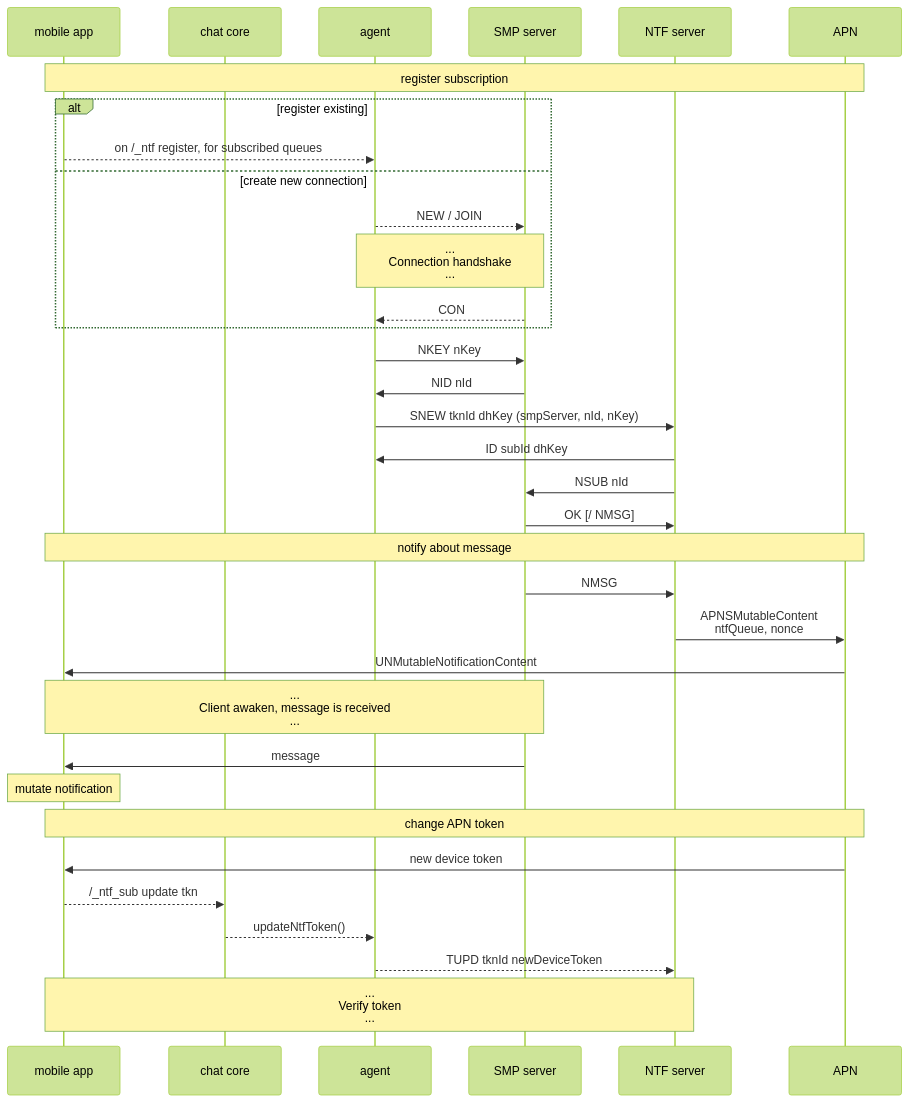
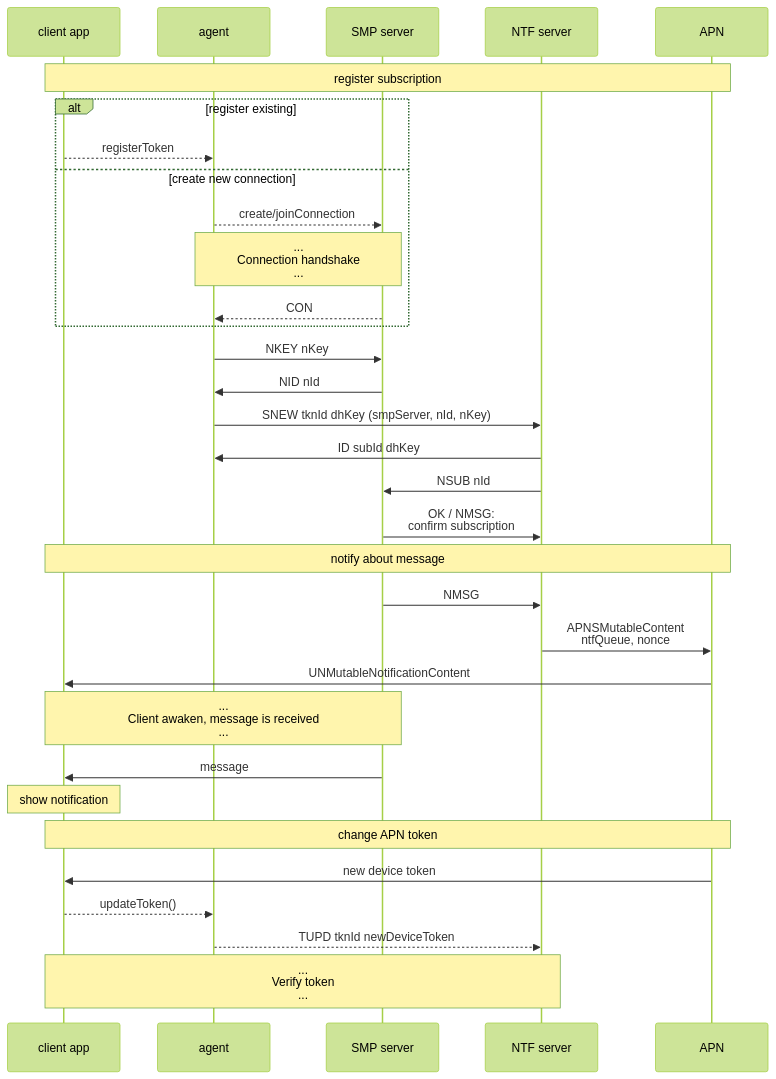
One commit to simplex-chat/simplexmq changed the diagram in protocol/diagrams/notifications/subscription.mmd. Above: the diagram before and after it, drawn with Mermaid (forest theme). The commit also changed 7 other files, not shown here.

```diff
--- a/protocol/diagrams/notifications/subscription.mmd
+++ b/protocol/diagrams/notifications/subscription.mmd
@@ -1,40 +1,38 @@
 sequenceDiagram
-  participant M as mobile app
-  participant C as chat core
+  participant C as client app
   participant A as agent
   participant S as SMP server
   participant N as NTF server
   participant APN as APN
 
-  note over M, APN: register subscription
+  note over C, APN: register subscription
 
   alt register existing
-    M -->> A: on /_ntf register, for subscribed queues
+    C -->> A: registerToken
   else create new connection
-    A -->> S: NEW / JOIN
+    A -->> S: create/joinConnection
     note over A, S: ...<br>Connection handshake<br>...
     S -->> A: CON
   end
   A ->> S: NKEY nKey
   S ->> A: NID nId
   A ->> N: SNEW tknId dhKey (smpServer, nId, nKey)
   N ->> A: ID subId dhKey
   N ->> S: NSUB nId
-  S ->> N: OK [/ NMSG]
+  S ->> N: OK / NMSG:<br>confirm subscription
 
-  note over M, APN: notify about message
+  note over C, APN: notify about message
 
   S ->> N: NMSG
   N ->> APN: APNSMutableContent<br>ntfQueue, nonce
-  APN ->> M: UNMutableNotificationContent
-  note over M, S: ...<br>Client awaken, message is received<br>...
-  S ->> M: message
-  note over M: mutate notification
+  APN ->> C: UNMutableNotificationContent
+  note over C, S: ...<br>Client awaken, message is received<br>...
+  S ->> C: message
+  note over C: show notification
 
-  note over M, APN: change APN token
+  note over C, APN: change APN token
 
-  APN ->> M: new device token
-  M -->> C: /_ntf_sub update tkn
-  C -->> A: updateNtfToken()
+  APN ->> C: new device token
+  C -->> A: updateToken()
   A -->> N: TUPD tknId newDeviceToken
-  note over M, N: ...<br>Verify token<br>...
+  note over C, N: ...<br>Verify token<br>...
```
